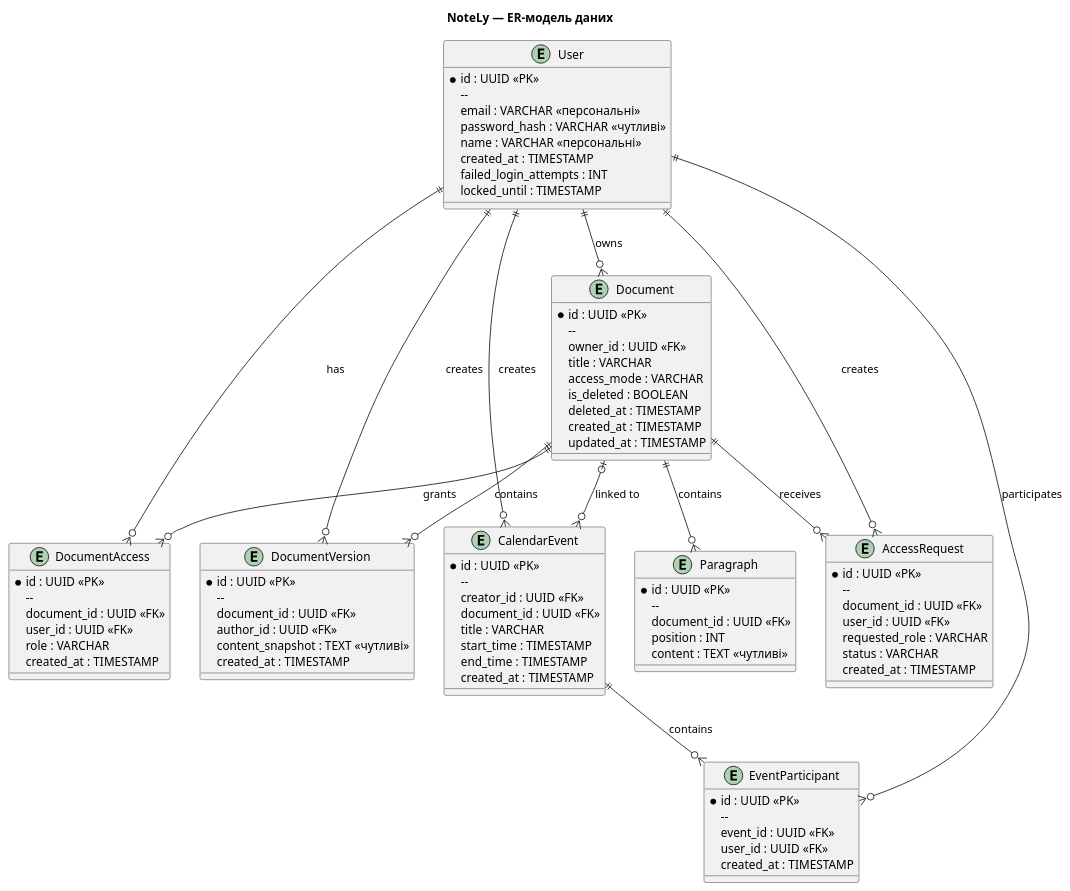
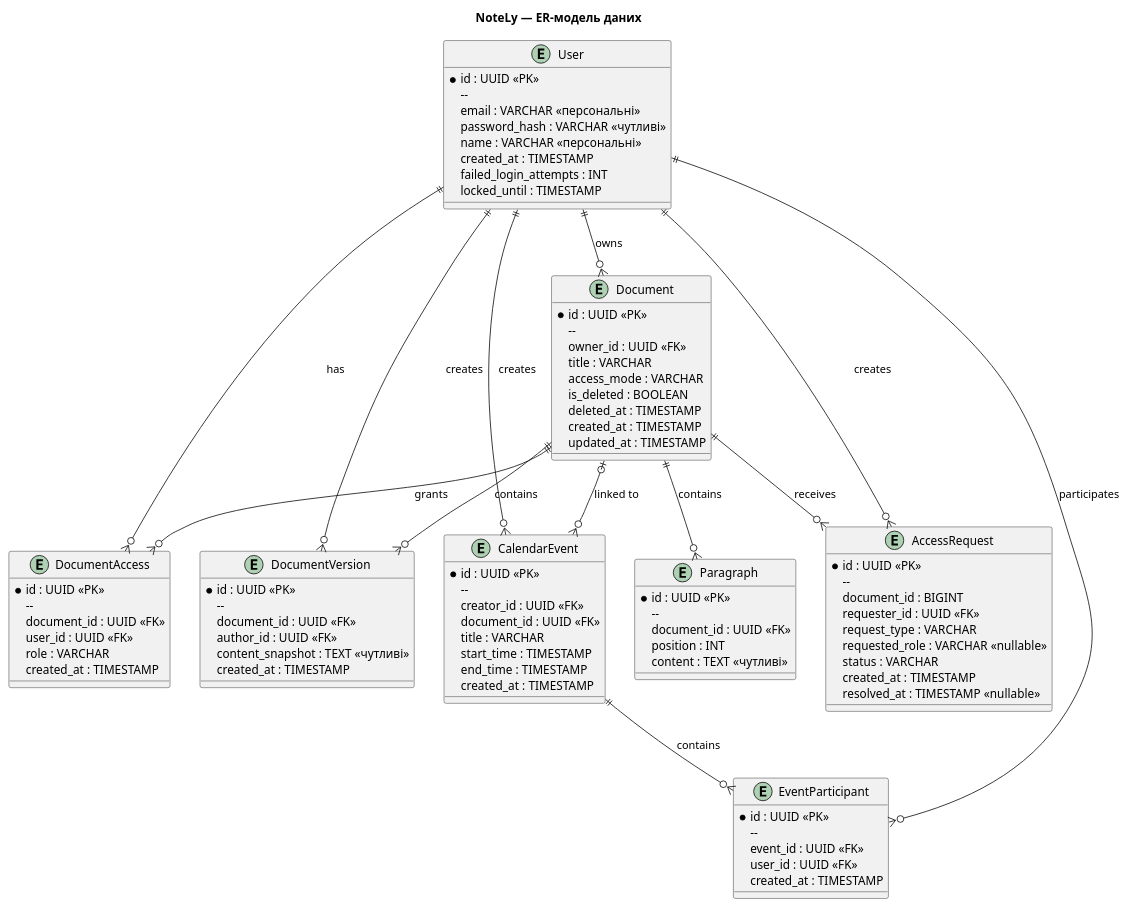
Before and after one commit to ukma-fin-ssdm-2026/noproblem: the diagram in docs/architecture/uml/data-model.puml, drawn with PlantUML. The commit also changed 18 other files, not shown here.

```diff
--- a/docs/architecture/uml/data-model.puml
+++ b/docs/architecture/uml/data-model.puml
@@ -1,108 +1,110 @@
 @startuml
 
 title NoteLy — ER-модель даних
 
 entity "User" as User {
 
 * id : UUID <<PK>>
   --
   email : VARCHAR <<персональні>>
   password_hash : VARCHAR <<чутливі>>
   name : VARCHAR <<персональні>>
   created_at : TIMESTAMP
   failed_login_attempts : INT
   locked_until : TIMESTAMP
   }
 
 entity "Document" as Document {
 
 * id : UUID <<PK>>
   --
   owner_id : UUID <<FK>>
   title : VARCHAR
   access_mode : VARCHAR
   is_deleted : BOOLEAN
   deleted_at : TIMESTAMP
   created_at : TIMESTAMP
   updated_at : TIMESTAMP
   }
 
 entity "Paragraph" as Paragraph {
 
 * id : UUID <<PK>>
   --
   document_id : UUID <<FK>>
   position : INT
   content : TEXT <<чутливі>>
   }
 
 entity "DocumentAccess" as DocumentAccess {
 
 * id : UUID <<PK>>
   --
   document_id : UUID <<FK>>
   user_id : UUID <<FK>>
   role : VARCHAR
   created_at : TIMESTAMP
   }
 
 entity "AccessRequest" as AccessRequest {
 
 * id : UUID <<PK>>
   --
-  document_id : UUID <<FK>>
-  user_id : UUID <<FK>>
-  requested_role : VARCHAR
+  document_id : BIGINT
+  requester_id : UUID <<FK>>
+  request_type : VARCHAR
+  requested_role : VARCHAR <<nullable>>
   status : VARCHAR
   created_at : TIMESTAMP
+  resolved_at : TIMESTAMP <<nullable>>
   }
 
 entity "DocumentVersion" as DocumentVersion {
 
 * id : UUID <<PK>>
   --
   document_id : UUID <<FK>>
   author_id : UUID <<FK>>
   content_snapshot : TEXT <<чутливі>>
   created_at : TIMESTAMP
   }
 
 entity "CalendarEvent" as CalendarEvent {
 
 * id : UUID <<PK>>
   --
   creator_id : UUID <<FK>>
   document_id : UUID <<FK>>
   title : VARCHAR
   start_time : TIMESTAMP
   end_time : TIMESTAMP
   created_at : TIMESTAMP
   }
 
 entity "EventParticipant" as EventParticipant {
 
 * id : UUID <<PK>>
   --
   event_id : UUID <<FK>>
   user_id : UUID <<FK>>
   created_at : TIMESTAMP
   }
 
 User ||--o{ Document : owns
 Document ||--o{ Paragraph : contains
 User ||--o{ DocumentAccess : has
 Document ||--o{ DocumentAccess : grants
 
 User ||--o{ AccessRequest : creates
 Document ||--o{ AccessRequest : receives
 
 User ||--o{ DocumentVersion : creates
 Document ||--o{ DocumentVersion : contains
 
 User ||--o{ CalendarEvent : creates
 Document |o--o{ CalendarEvent : linked to
 
 CalendarEvent ||--o{ EventParticipant : contains
 User ||--o{ EventParticipant : participates
 
 @enduml
```
